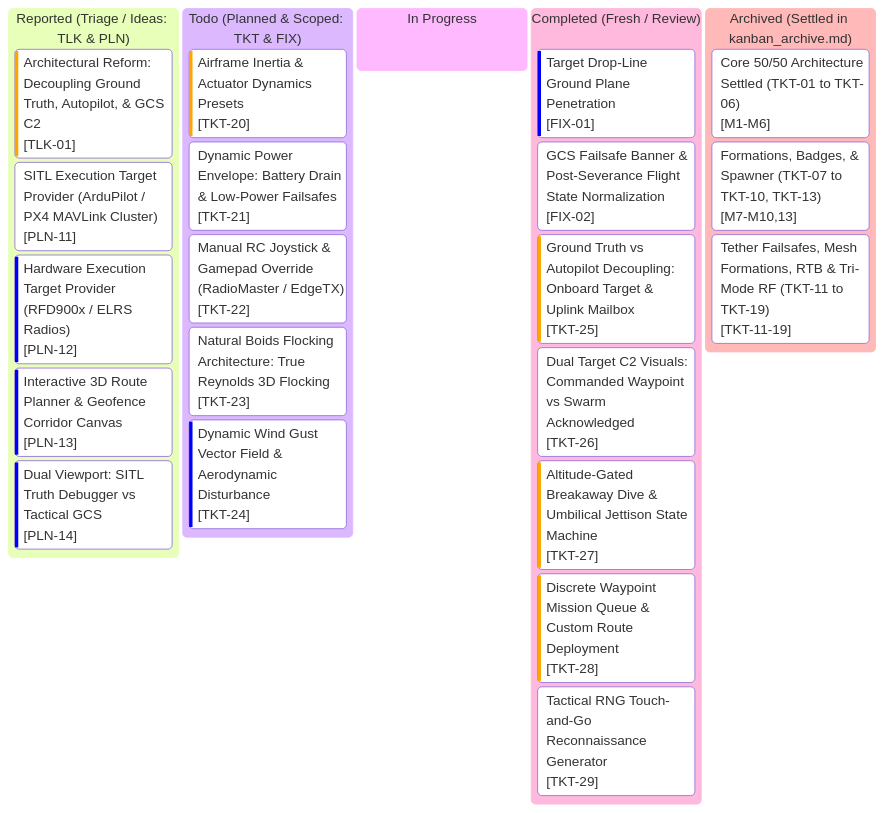
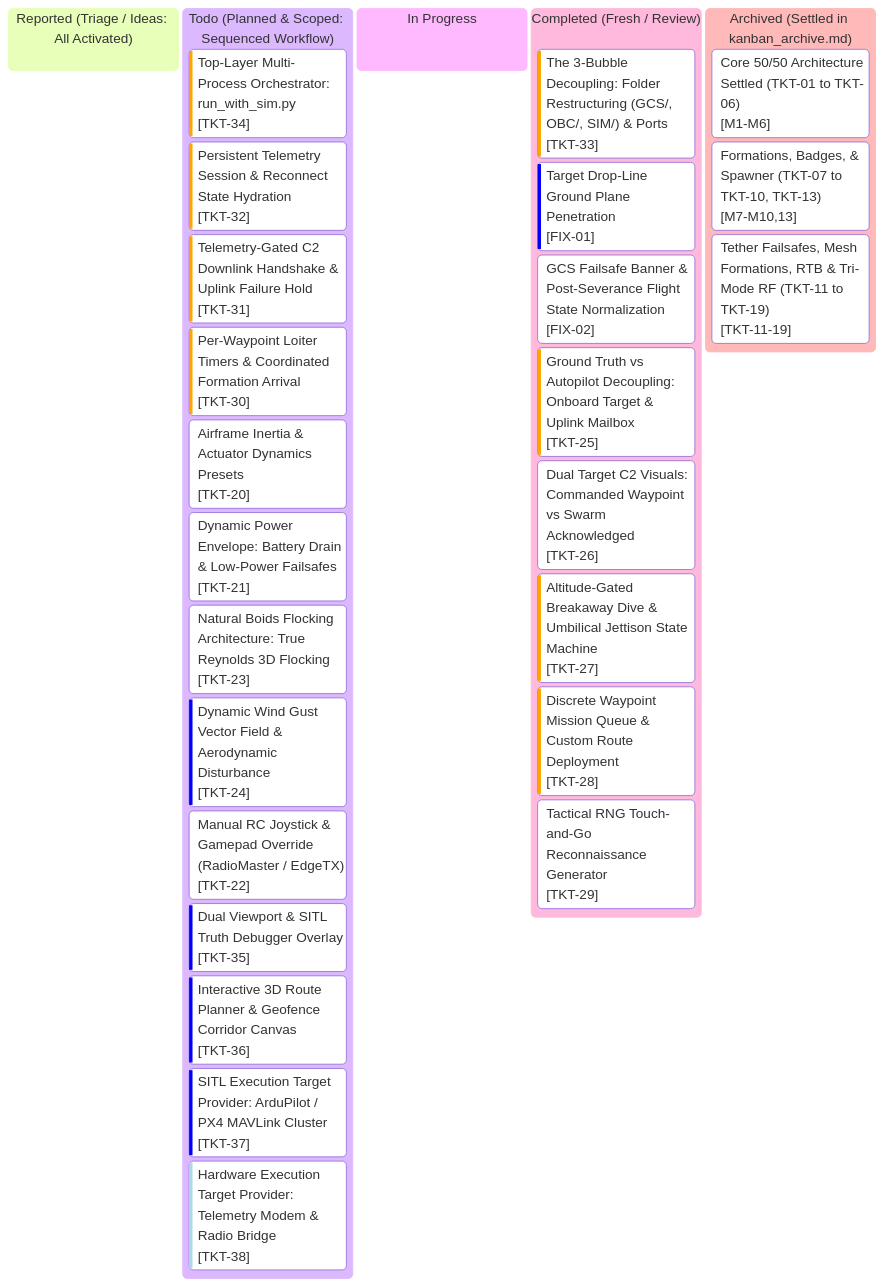
Before and after one commit to AlitheiaDeus/SwarmTech_v3-Uprising: the diagram in kanban.md, drawn with Mermaid. The commit also changed other lines of this file and 29 other files, not shown here.

Commit message:
feat(architecture): 3-bubble decoupling across GCS, OBC, and SIM with backward-compatible facades [TKT-33]

````diff
--- a/kanban.md
+++ b/kanban.md
@@ -10,48 +10,52 @@
 ```mermaid
 %%{init: {
   'theme': 'base',
   'themeVariables': {
     'primaryColor': '#0d2235',
     'primaryTextColor': '#d4f4ff',
     'primaryBorderColor': '#00f0ff',
     'lineColor': '#00f0ff',
     'background': '#061019',
     'mainBkg': '#0a1926',
     'secondaryColor': '#081420',
     'secondaryTextColor': '#5a7e96',
     'secondaryBorderColor': '#134e6f',
     'tertiaryColor': '#0e263d',
     'tertiaryTextColor': '#00ffaa',
     'tertiaryBorderColor': '#00ffaa',
     'clusterBkg': '#081420',
     'clusterBorder': '#134e6f',
     'fontFamily': "'JetBrains Mono', 'Courier New', monospace"
   }
 }}%%
 kanban
-  reported["Reported (Triage / Ideas: TLK & PLN)"]
-    tlk01["Architectural Reform: Decoupling Ground Truth, Autopilot, & GCS C2"]@{ ticket: '[TLK-01]', priority: 'High' }
-    pln11["SITL Execution Target Provider (ArduPilot / PX4 MAVLink Cluster)"]@{ ticket: '[PLN-11]', priority: 'Medium' }
-    pln12["Hardware Execution Target Provider (RFD900x / ELRS Radios)"]@{ ticket: '[PLN-12]', priority: 'Low' }
-    pln13["Interactive 3D Route Planner & Geofence Corridor Canvas"]@{ ticket: '[PLN-13]', priority: 'Low' }
-    pln14["Dual Viewport: SITL Truth Debugger vs Tactical GCS"]@{ ticket: '[PLN-14]', priority: 'Low' }
-  todo["Todo (Planned & Scoped: TKT & FIX)"]
-    tkt20["Airframe Inertia & Actuator Dynamics Presets"]@{ ticket: '[TKT-20]', priority: 'High' }
+  reported["Reported (Triage / Ideas: All Activated)"]
+  todo["Todo (Planned & Scoped: Sequenced Workflow)"]
+    tkt34["Top-Layer Multi-Process Orchestrator: run_with_sim.py"]@{ ticket: '[TKT-34]', priority: 'High' }
+    tkt32["Persistent Telemetry Session & Reconnect State Hydration"]@{ ticket: '[TKT-32]', priority: 'High' }
+    tkt31["Telemetry-Gated C2 Downlink Handshake & Uplink Failure Hold"]@{ ticket: '[TKT-31]', priority: 'High' }
+    tkt30["Per-Waypoint Loiter Timers & Coordinated Formation Arrival"]@{ ticket: '[TKT-30]', priority: 'High' }
+    tkt20["Airframe Inertia & Actuator Dynamics Presets"]@{ ticket: '[TKT-20]', priority: 'Medium' }
     tkt21["Dynamic Power Envelope: Battery Drain & Low-Power Failsafes"]@{ ticket: '[TKT-21]', priority: 'Medium' }
-    tkt22["Manual RC Joystick & Gamepad Override (RadioMaster / EdgeTX)"]@{ ticket: '[TKT-22]', priority: 'Medium' }
     tkt23["Natural Boids Flocking Architecture: True Reynolds 3D Flocking"]@{ ticket: '[TKT-23]', priority: 'Medium' }
     tkt24["Dynamic Wind Gust Vector Field & Aerodynamic Disturbance"]@{ ticket: '[TKT-24]', priority: 'Low' }
+    tkt22["Manual RC Joystick & Gamepad Override (RadioMaster / EdgeTX)"]@{ ticket: '[TKT-22]', priority: 'Medium' }
+    tkt35["Dual Viewport & SITL Truth Debugger Overlay"]@{ ticket: '[TKT-35]', priority: 'Low' }
+    tkt36["Interactive 3D Route Planner & Geofence Corridor Canvas"]@{ ticket: '[TKT-36]', priority: 'Low' }
+    tkt37["SITL Execution Target Provider: ArduPilot / PX4 MAVLink Cluster"]@{ ticket: '[TKT-37]', priority: 'Low' }
+    tkt38["Hardware Execution Target Provider: Telemetry Modem & Radio Bridge"]@{ ticket: '[TKT-38]', priority: 'Very Low' }
   in_progress["In Progress"]
   completed["Completed (Fresh / Review)"]
+    tkt33["The 3-Bubble Decoupling: Folder Restructuring (GCS/, OBC/, SIM/) & Ports"]@{ ticket: '[TKT-33]', priority: 'High' }
     fix01["Target Drop-Line Ground Plane Penetration"]@{ ticket: '[FIX-01]', priority: 'Low' }
     fix02["GCS Failsafe Banner & Post-Severance Flight State Normalization"]@{ ticket: '[FIX-02]', priority: 'Medium' }
     tkt25["Ground Truth vs Autopilot Decoupling: Onboard Target & Uplink Mailbox"]@{ ticket: '[TKT-25]', priority: 'High' }
     tkt26["Dual Target C2 Visuals: Commanded Waypoint vs Swarm Acknowledged"]@{ ticket: '[TKT-26]', priority: 'Medium' }
     tkt27["Altitude-Gated Breakaway Dive & Umbilical Jettison State Machine"]@{ ticket: '[TKT-27]', priority: 'High' }
     tkt28["Discrete Waypoint Mission Queue & Custom Route Deployment"]@{ ticket: '[TKT-28]', priority: 'High' }
     tkt29["Tactical RNG Touch-and-Go Reconnaissance Generator"]@{ ticket: '[TKT-29]', priority: 'Medium' }
   archived["Archived (Settled in kanban_archive.md)"]
     arch_m1_6["Core 50/50 Architecture Settled (TKT-01 to TKT-06)"]@{ ticket: '[M1-M6]' }
     arch_m7_10_13["Formations, Badges, & Spawner (TKT-07 to TKT-10, TKT-13)"]@{ ticket: '[M7-M10,13]' }
     arch_m11_19["Tether Failsafes, Mesh Formations, RTB & Tri-Mode RF (TKT-11 to TKT-19)"]@{ ticket: '[TKT-11-19]' }
 ```
````
